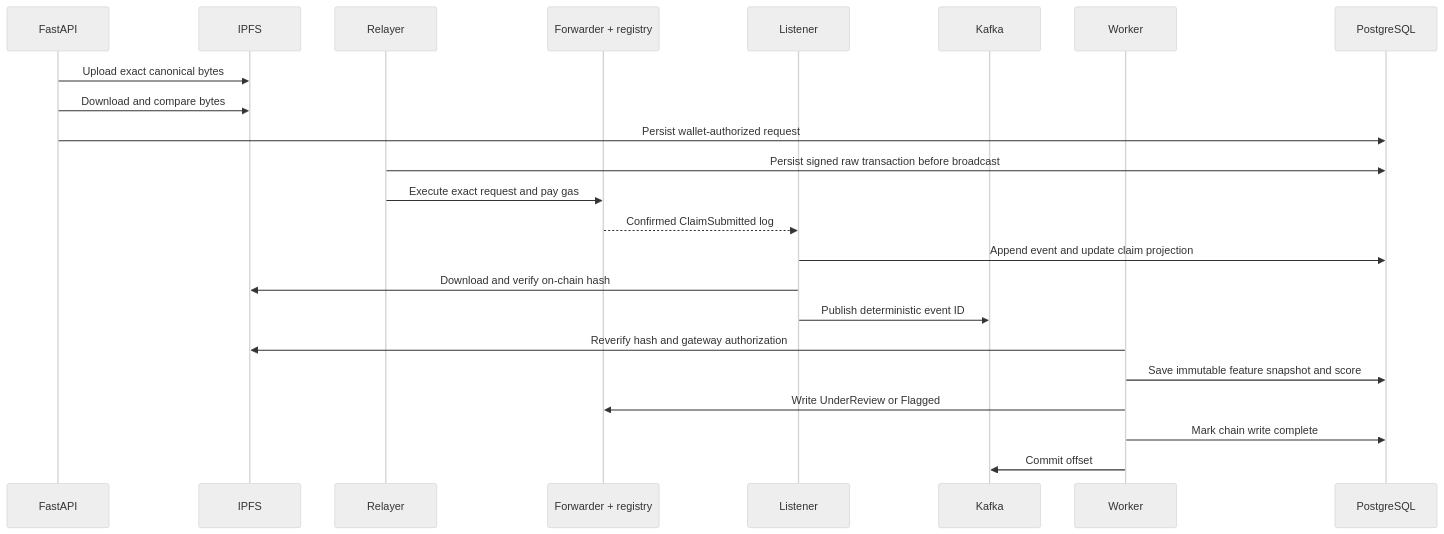
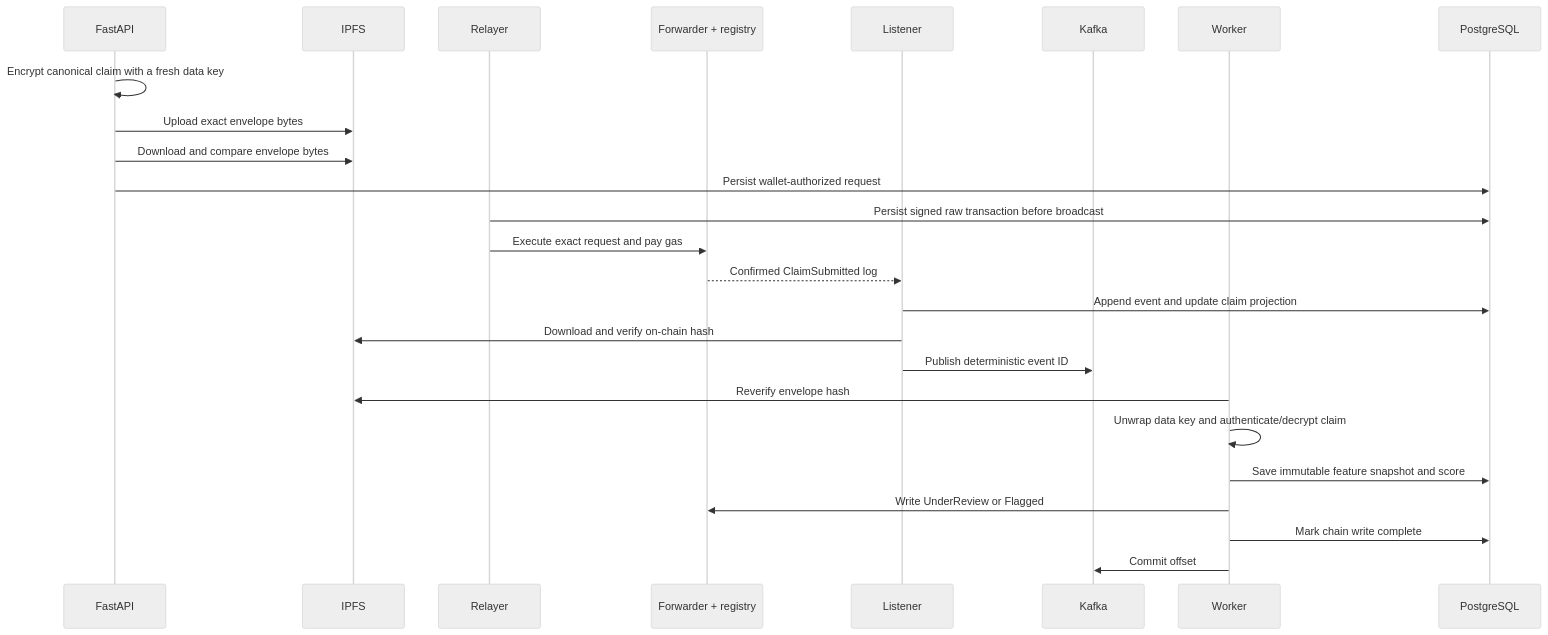
One commit to ganesh1997oli/Decentralized-Claims-Registry changed the second of 3 diagrams in README.md. Above: the diagram before and after it, drawn with Mermaid (neutral theme). The commit also changed other lines of this file and 64 other files, not shown here.

````diff
--- a/README.md
+++ b/README.md
@@ -55,26 +57,28 @@
 ```mermaid
 sequenceDiagram
     participant A as FastAPI
     participant I as IPFS
     participant R as Relayer
     participant E as Forwarder + registry
     participant L as Listener
     participant K as Kafka
     participant W as Worker
     participant P as PostgreSQL
 
-    A->>I: Upload exact canonical bytes
-    A->>I: Download and compare bytes
+    A->>A: Encrypt canonical claim with a fresh data key
+    A->>I: Upload exact envelope bytes
+    A->>I: Download and compare envelope bytes
     A->>P: Persist wallet-authorized request
     R->>P: Persist signed raw transaction before broadcast
     R->>E: Execute exact request and pay gas
     E-->>L: Confirmed ClaimSubmitted log
     L->>P: Append event and update claim projection
     L->>I: Download and verify on-chain hash
     L->>K: Publish deterministic event ID
-    W->>I: Reverify hash and gateway authorization
+    W->>I: Reverify envelope hash
+    W->>W: Unwrap data key and authenticate/decrypt claim
     W->>P: Save immutable feature snapshot and score
     W->>E: Write UnderReview or Flagged
     W->>P: Mark chain write complete
     W->>K: Commit offset
 ```
````
